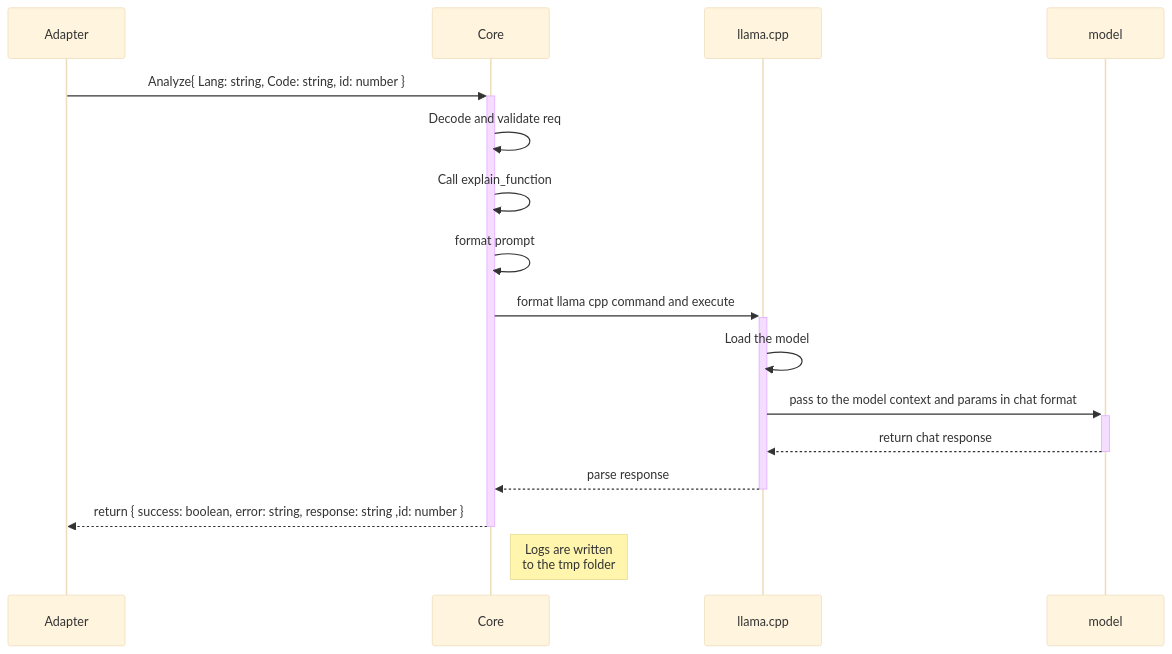
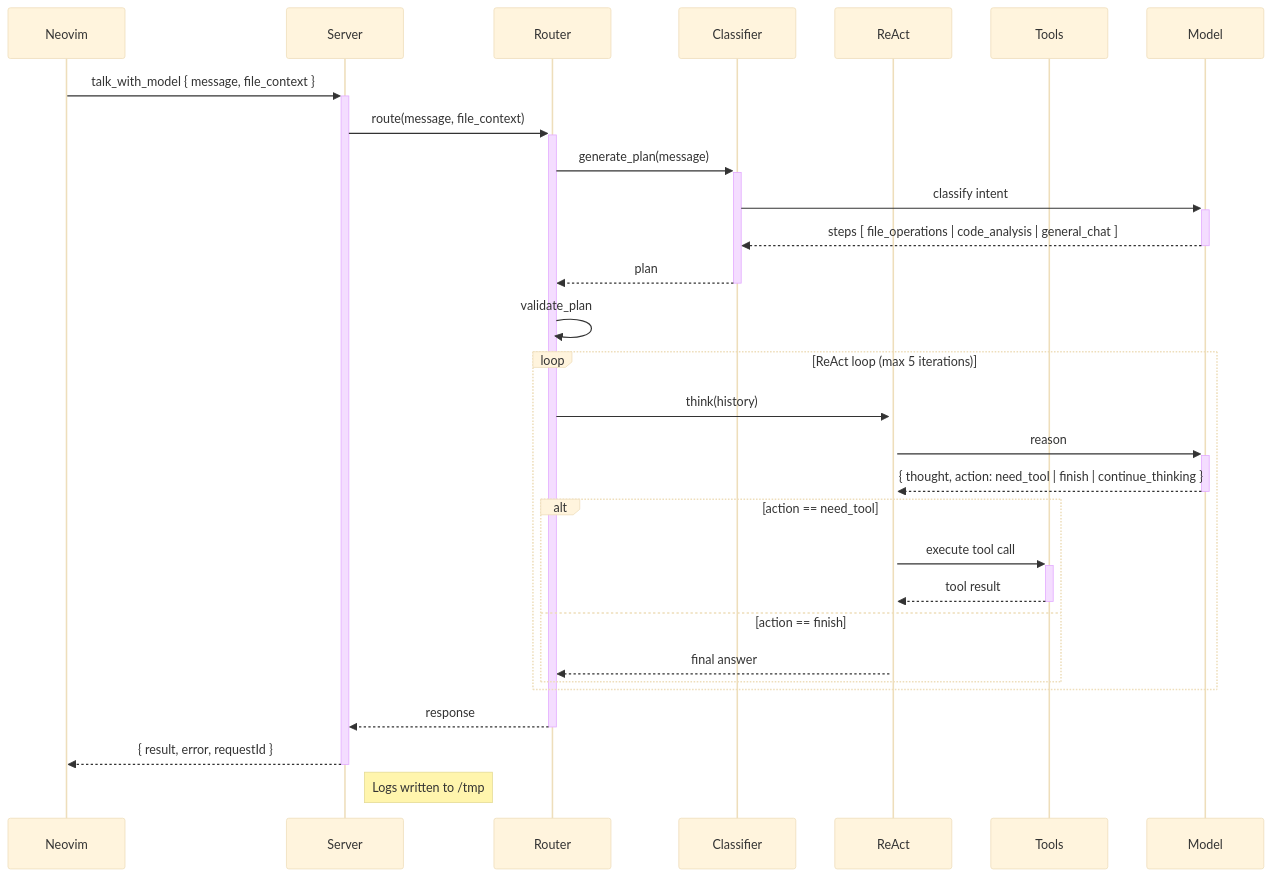
One commit to AgustinAllamanoCosta/Pulpero changed the second of 2 diagrams in README.md. Above: the diagram before and after it, drawn with Mermaid (base theme). The commit also changed other lines of this file and 16 other files, not shown here.

````diff
--- a/README.md
+++ b/README.md
@@ -356,18 +316,32 @@
 ```mermaid
    sequenceDiagram
-      participant Adapter
-      participant Core
-      participant llama.cpp
-      participant model
-      Adapter->>+Core: Analyze{ Lang: string, Code: string, id: number }
-      Core->>Core: Decode and validate req
-      Core->>Core: Call explain_function
-      Core->>Core: format prompt
-      Core->>+llama.cpp: format llama cpp command and execute
-      llama.cpp->>llama.cpp: Load the model
-      llama.cpp->>+model: pass to the model context and params in chat format
-      model-->>-llama.cpp: return chat response
-      llama.cpp-->>-Core: parse response
-      Core-->>-Adapter: return { success: boolean, error: string, response: string ,id: number }
-      Note right of Core: Logs are written <br/> to the tmp folder
+      participant Neovim
+      participant Server
+      participant Router
+      participant Classifier
+      participant ReAct
+      participant Tools
+      participant Model
+
+      Neovim->>+Server: talk_with_model { message, file_context }
+      Server->>+Router: route(message, file_context)
+      Router->>+Classifier: generate_plan(message)
+      Classifier->>+Model: classify intent
+      Model-->>-Classifier: steps [ file_operations | code_analysis | general_chat ]
+      Classifier-->>-Router: plan
+      Router->>Router: validate_plan
+      loop ReAct loop (max 5 iterations)
+          Router->>+ReAct: think(history)
+          ReAct->>+Model: reason
+          Model-->>-ReAct: { thought, action: need_tool | finish | continue_thinking }
+          alt action == need_tool
+              ReAct->>+Tools: execute tool call
+              Tools-->>-ReAct: tool result
+          else action == finish
+              ReAct-->>Router: final answer
+          end
+      end
+      Router-->>-Server: response
+      Server-->>-Neovim: { result, error, requestId }
+      Note right of Server: Logs written to /tmp
 ```
````
